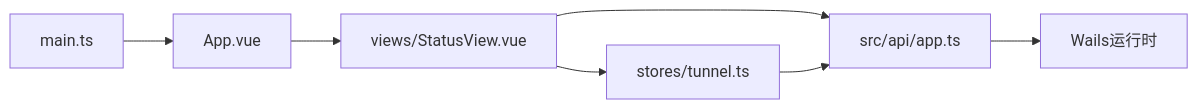
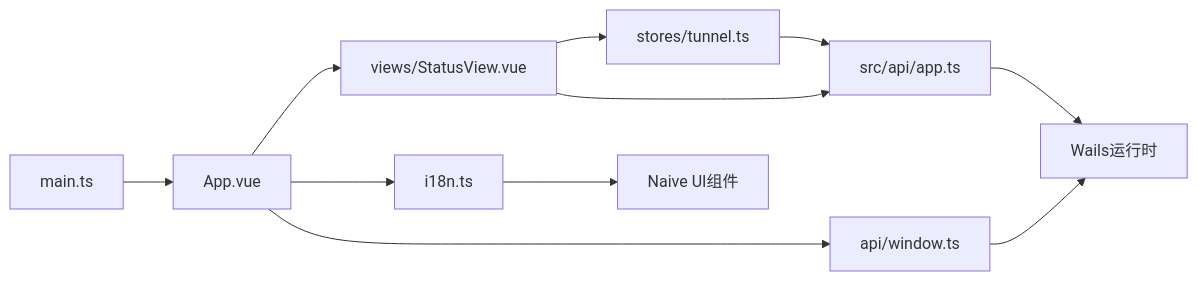
One commit to itsharex/NexTunnel changed diagram 15 of 15 in .qoder/repowiki/zh/content/架构设计/桌面端架构设计/前端架构设计/前端架构设计.md. Above: the diagram before and after it, drawn with Mermaid. The commit also changed other lines of this file and 41 other files, not shown here.

````diff
--- a/.qoder/repowiki/zh/content/架构设计/桌面端架构设计/前端架构设计/前端架构设计.md
+++ b/.qoder/repowiki/zh/content/架构设计/桌面端架构设计/前端架构设计/前端架构设计.md
@@ -434,9 +713,13 @@
 ```mermaid
 graph LR
 MainTS[main.ts] --> AppVue[App.vue]
 AppVue --> StatusView[views/StatusView.vue]
+AppVue --> I18n[i18n.ts]
+AppVue --> WindowAPI[api/window.ts]
 StatusView --> TunnelStore[stores/tunnel.ts]
 StatusView --> APIApp[src/api/app.ts]
 TunnelStore --> APIApp
 APIApp --> WailsRuntime[Wails运行时]
+I18n --> NaiveUI[Naive UI组件]
+WindowAPI --> WailsRuntime
 ```
````
